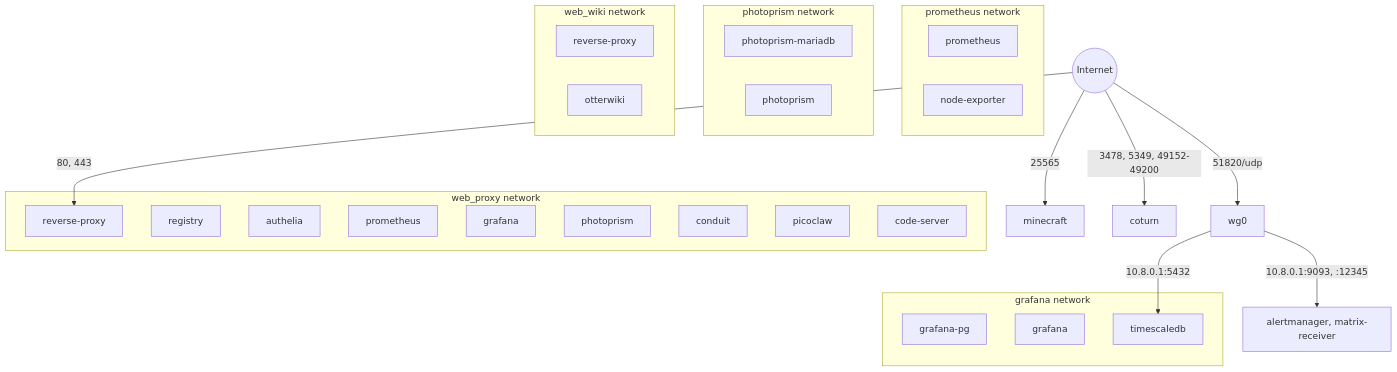
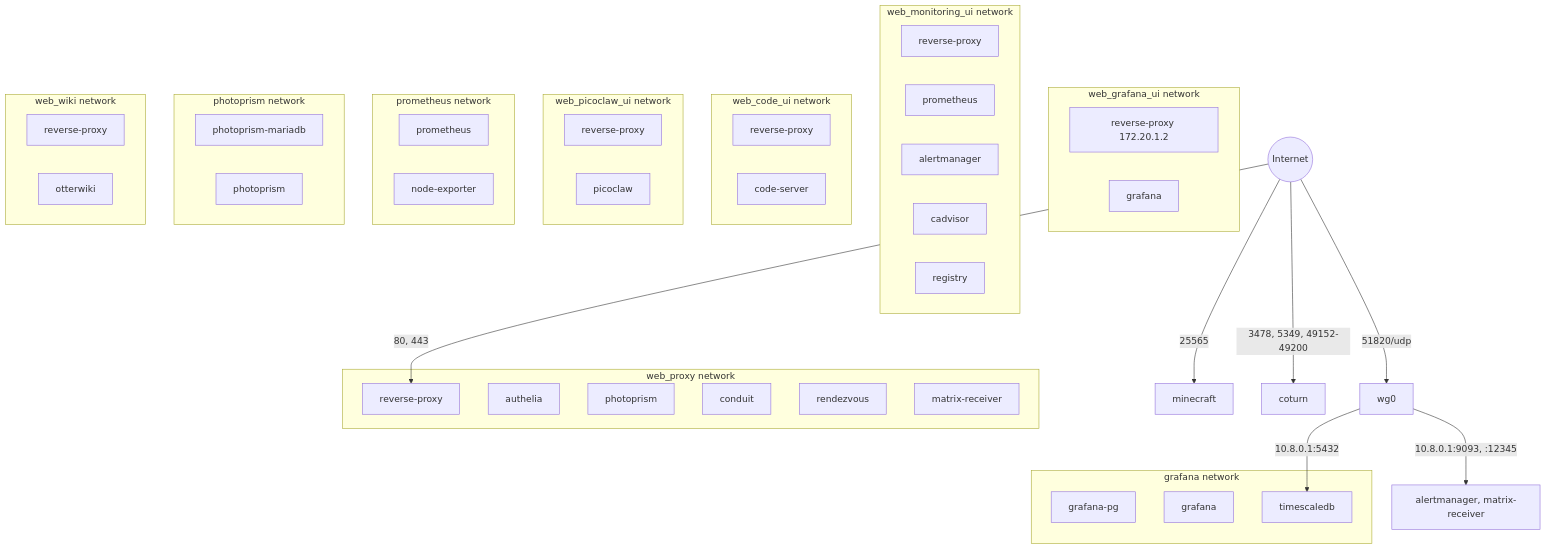
The fourth of 6 diagrams in ARCHITECTURE.md (Waxolunist/ansible-docker-server), drawn with Mermaid before and after one commit. The commit also changed other lines of this file and 3 other files, not shown here.

First line of the commit message:
web: trust header logins only from Traefik, take services without a login off web_proxy (TASK-074)

````diff
--- a/ARCHITECTURE.md
+++ b/ARCHITECTURE.md
@@ -243,42 +244,62 @@
 ```mermaid
 graph TB
     subgraph proxy_net[web_proxy network]
         RP[reverse-proxy]
-        REG[registry]
         AUTH[authelia]
-        PROM[prometheus]
-        GR[grafana]
         PP[photoprism]
         CO[conduit]
+        RV[rendezvous]
+        MR[matrix-receiver]
+    end
+
+    subgraph grafana_ui_net[web_grafana_ui network]
+        RP3[reverse-proxy 172.20.1.2]
+        GR[grafana]
+    end
+
+    subgraph monitoring_ui_net[web_monitoring_ui network]
+        RP4[reverse-proxy]
+        PROM[prometheus]
+        AM[alertmanager]
+        CA[cadvisor]
+        REG[registry]
+    end
+
+    subgraph code_ui_net[web_code_ui network]
+        RP5[reverse-proxy]
+        CS[code-server]
+    end
+
+    subgraph picoclaw_ui_net[web_picoclaw_ui network]
+        RP6[reverse-proxy]
         PC[picoclaw]
-        CS[code-server]
     end
 
     subgraph prom_net[prometheus network]
         PROM2[prometheus]
         NE[node-exporter]
     end
 
     subgraph graf_net[grafana network]
         GPG[grafana-pg]
         GR2[grafana]
         TS[timescaledb]
     end
 
     subgraph photo_net[photoprism network]
         PM[photoprism-mariadb]
         PP2[photoprism]
     end
 
     subgraph wiki_net[web_wiki network]
         RP2[reverse-proxy]
         OW[otterwiki]
     end
 
     INTERNET((Internet)) -->|80, 443| RP
     INTERNET -->|25565| MC[minecraft]
     INTERNET -->|3478, 5349, 49152-49200| CT[coturn]
     INTERNET -->|51820/udp| WG0[wg0]
     WG0 -->|10.8.0.1:5432| TS
     WG0 -->|10.8.0.1:9093, :12345| AMX[alertmanager, matrix-receiver]
 ```
````
